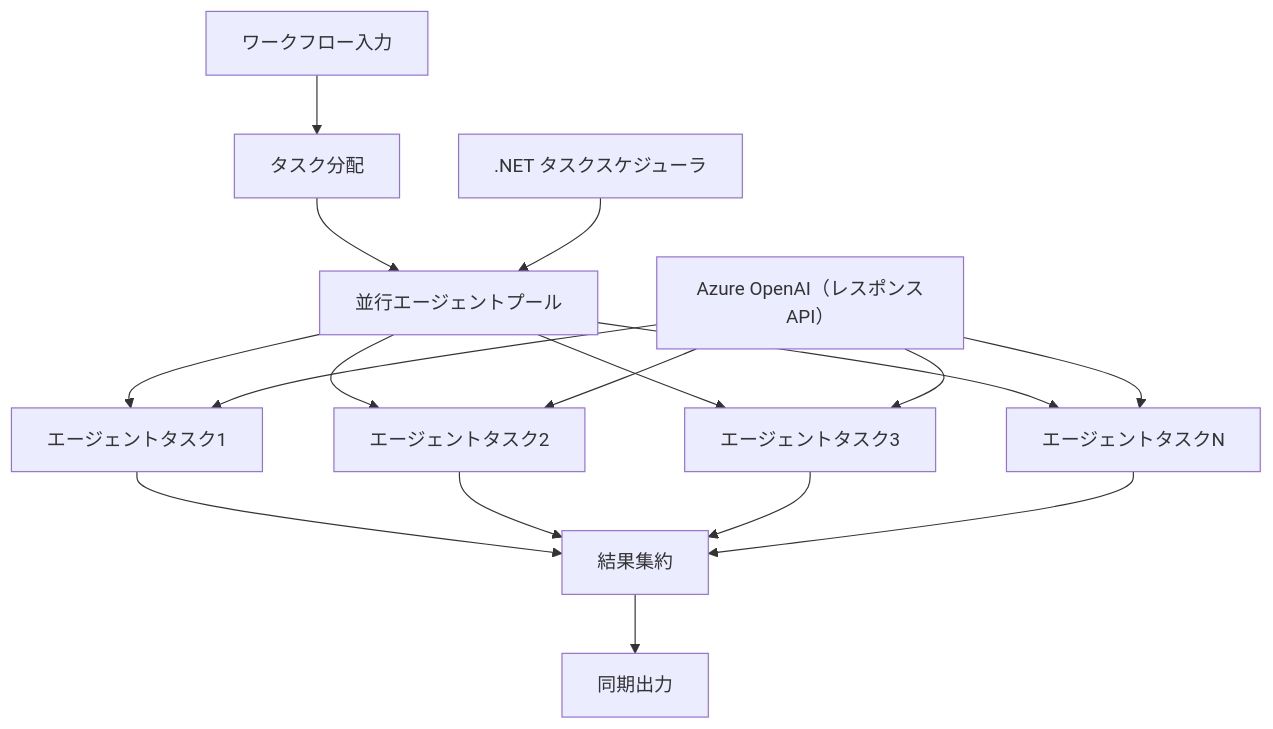
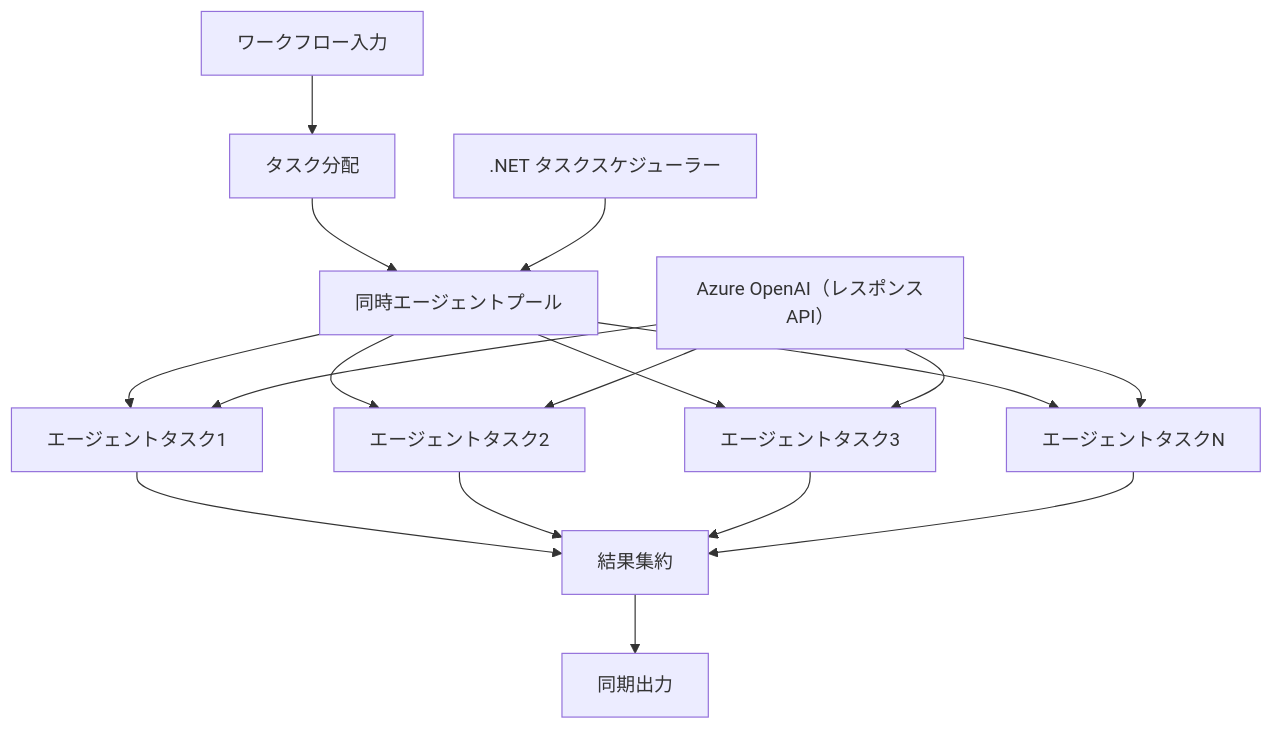
One commit to venturemavenwill/azureaifundamentals changed the diagram in translations/ja/08-multi-agent/code_samples/workflows-agent-framework/dotNET/03.dotnet-agent-framework-workflow-ghmodel-concurrent.md. Above: the diagram before and after it, drawn with Mermaid. The commit also changed other lines of this file and 2002 other files, not shown here.

````diff
--- a/translations/ja/08-multi-agent/code_samples/workflows-agent-framework/dotNET/03.dotnet-agent-framework-workflow-ghmodel-concurrent.md
+++ b/translations/ja/08-multi-agent/code_samples/workflows-agent-framework/dotNET/03.dotnet-agent-framework-workflow-ghmodel-concurrent.md
@@ -69,23 +69,23 @@
 ```mermaid
 graph TD
     A[ワークフロー入力] --> B[タスク分配]
-    B --> C[並行エージェントプール]
+    B --> C[同時エージェントプール]
     C --> D[エージェントタスク1]
     C --> E[エージェントタスク2]
     C --> F[エージェントタスク3]
     C --> G[エージェントタスクN]
     
     D --> H[結果集約]
     E --> H
     F --> H
     G --> H
     
     H --> I[同期出力]
     
     J[Azure OpenAI（レスポンスAPI）] --> D
     J --> E
     J --> F
     J --> G
     
-    K[.NET タスクスケジューラ] --> C
+    K[.NET タスクスケジューラー] --> C
 ```
````
